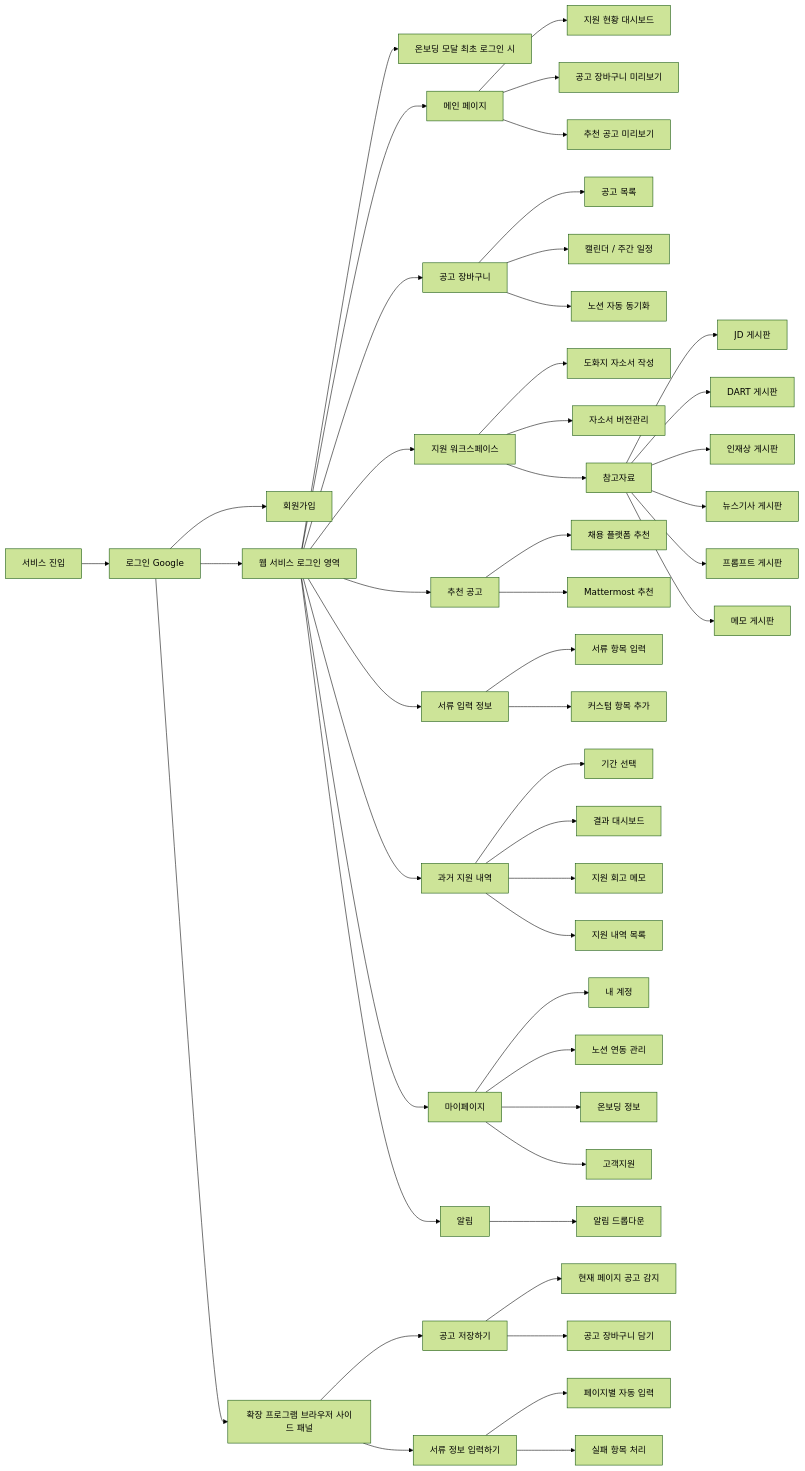
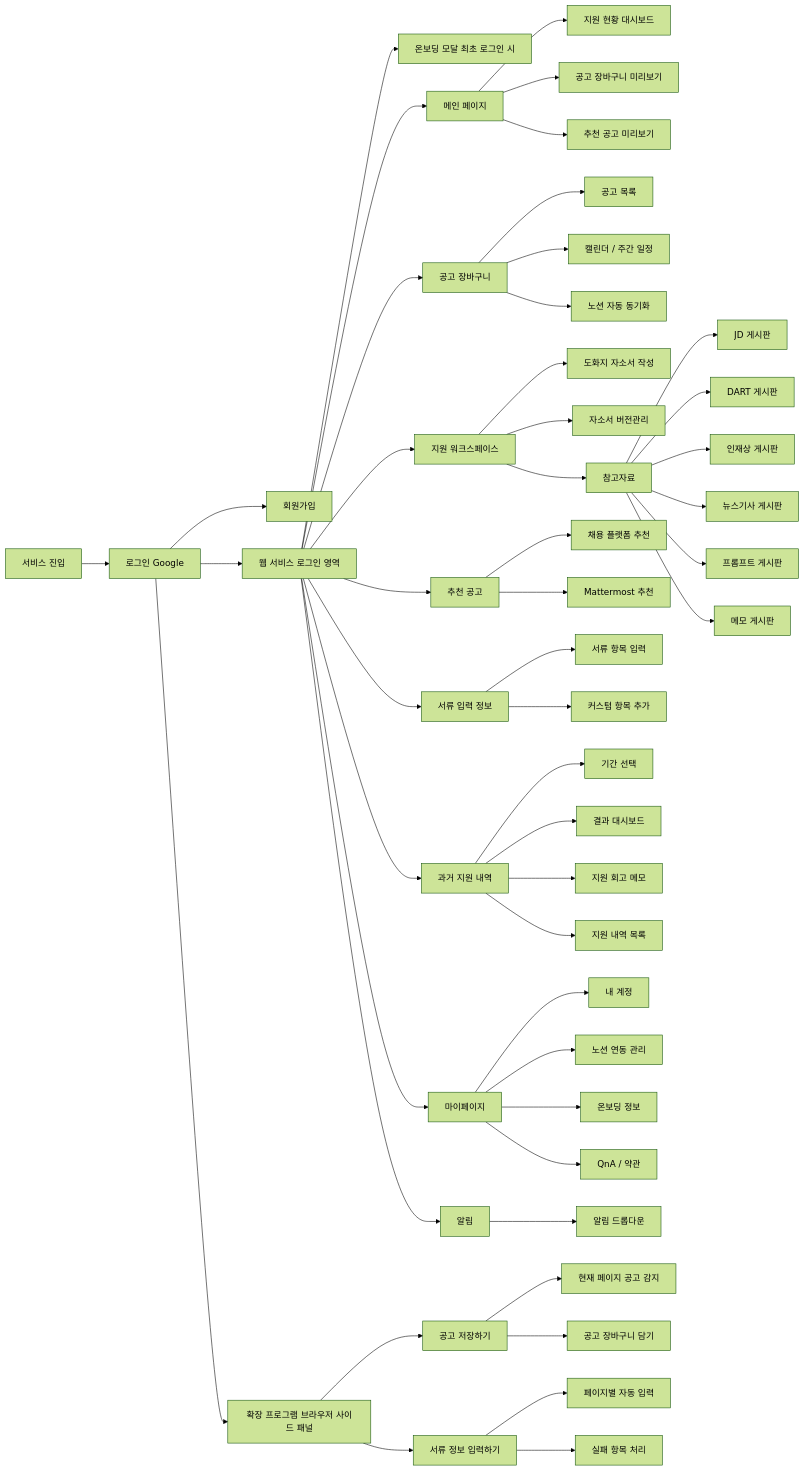
The diagram in docs/08_information-architecture.md (scnelMG/ez-one), drawn with Mermaid (forest theme) before and after one commit. The commit also changed other lines of this file and 9 other files, not shown here.

````diff
--- a/docs/08_information-architecture.md
+++ b/docs/08_information-architecture.md
@@ -15,60 +15,60 @@
 ```mermaid
 flowchart LR
     Entry[서비스 진입] --> Login[로그인 Google]
     Login --> Signup[회원가입]
     Login --> Web[웹 서비스 로그인 영역]
     Login --> Extension[확장 프로그램 브라우저 사이드 패널]
 
     Web --> Onboarding[온보딩 모달 최초 로그인 시]
     Web --> Main[메인 페이지]
     Web --> Basket[공고 장바구니]
     Web --> Workspace[지원 워크스페이스]
     Web --> Recommendations[추천 공고]
     Web --> DocumentProfile[서류 입력 정보]
     Web --> History[과거 지원 내역]
     Web --> MyPage[마이페이지]
     Web --> Alerts[알림]
 
     Main --> Dashboard[지원 현황 대시보드]
     Main --> BasketPreview[공고 장바구니 미리보기]
     Main --> RecommendationPreview[추천 공고 미리보기]
 
     Basket --> JobList[공고 목록]
     Basket --> WeeklySchedule[캘린더 / 주간 일정]
     Basket --> NotionSync[노션 자동 동기화]
 
     Workspace --> Canvas[도화지 자소서 작성]
     Workspace --> EssayVersions[자소서 버전관리]
     Workspace --> References[참고자료]
     References --> JdBoard[JD 게시판]
     References --> DartBoard[DART 게시판]
     References --> PersonaBoard[인재상 게시판]
     References --> NewsBoard[뉴스기사 게시판]
     References --> PromptBoard[프롬프트 게시판]
     References --> MemoBoard[메모 게시판]
 
     Recommendations --> PlatformRecommendation[채용 플랫폼 추천]
     Recommendations --> MattermostRecommendation[Mattermost 추천]
 
     DocumentProfile --> ProfileFields[서류 항목 입력]
     DocumentProfile --> CustomFields[커스텀 항목 추가]
 
     History --> PeriodSelect[기간 선택]
     History --> ResultDashboard[결과 대시보드]
     History --> RetrospectiveMemo[지원 회고 메모]
     History --> HistoryList[지원 내역 목록]
 
     MyPage --> Account[내 계정]
     MyPage --> NotionManage[노션 연동 관리]
     MyPage --> OnboardingInfo[온보딩 정보]
-    MyPage --> Support[고객지원]
+    MyPage --> Support[QnA / 약관]
 
     Alerts --> AlertDropdown[알림 드롭다운]
 
     Extension --> ExtensionSave[공고 저장하기]
     Extension --> ExtensionInput[서류 정보 입력하기]
     ExtensionSave --> DetectPosting[현재 페이지 공고 감지]
     ExtensionSave --> SaveBasket[공고 장바구니 담기]
     ExtensionInput --> PageAutoInput[페이지별 자동 입력]
     ExtensionInput --> FailedItems[실패 항목 처리]
 ```
````
